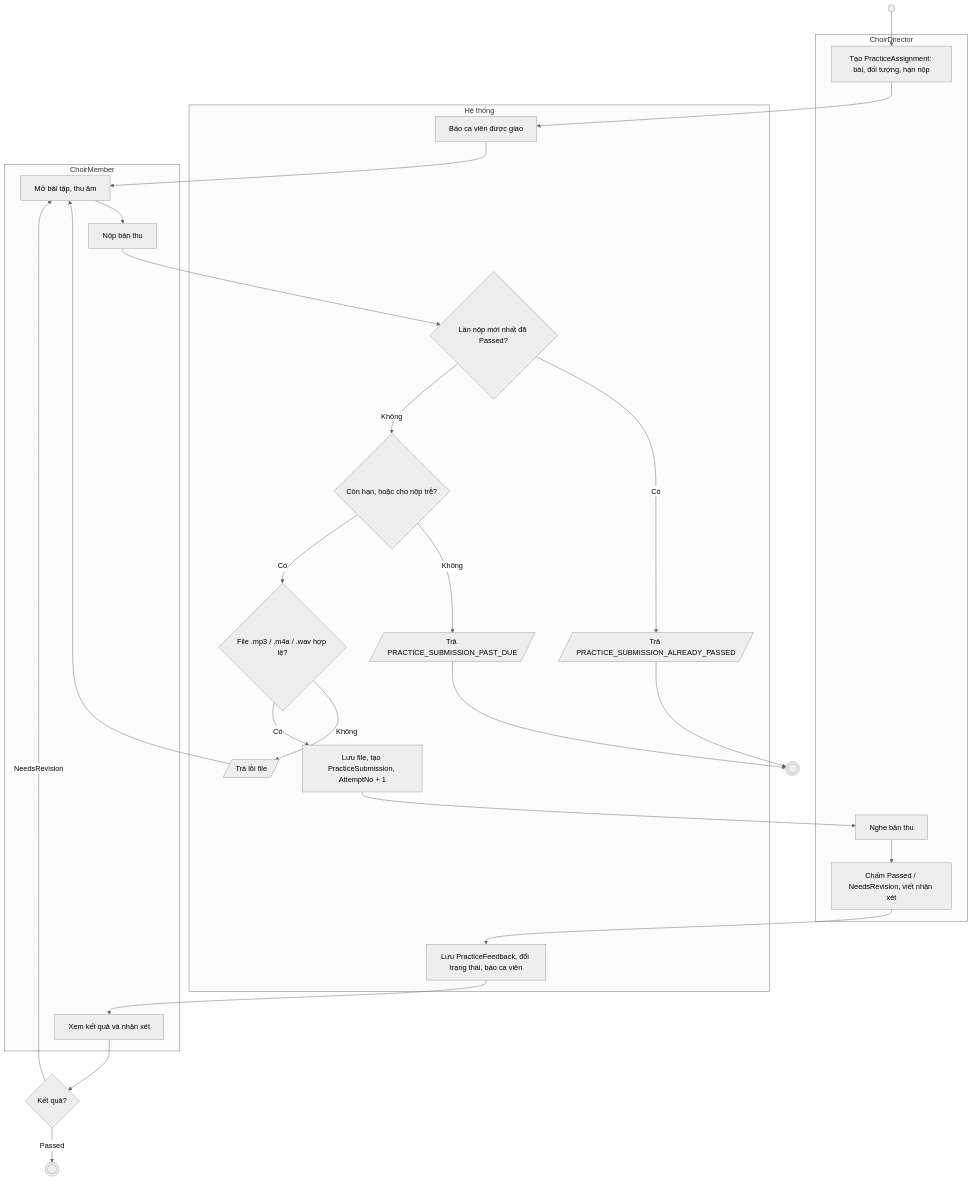
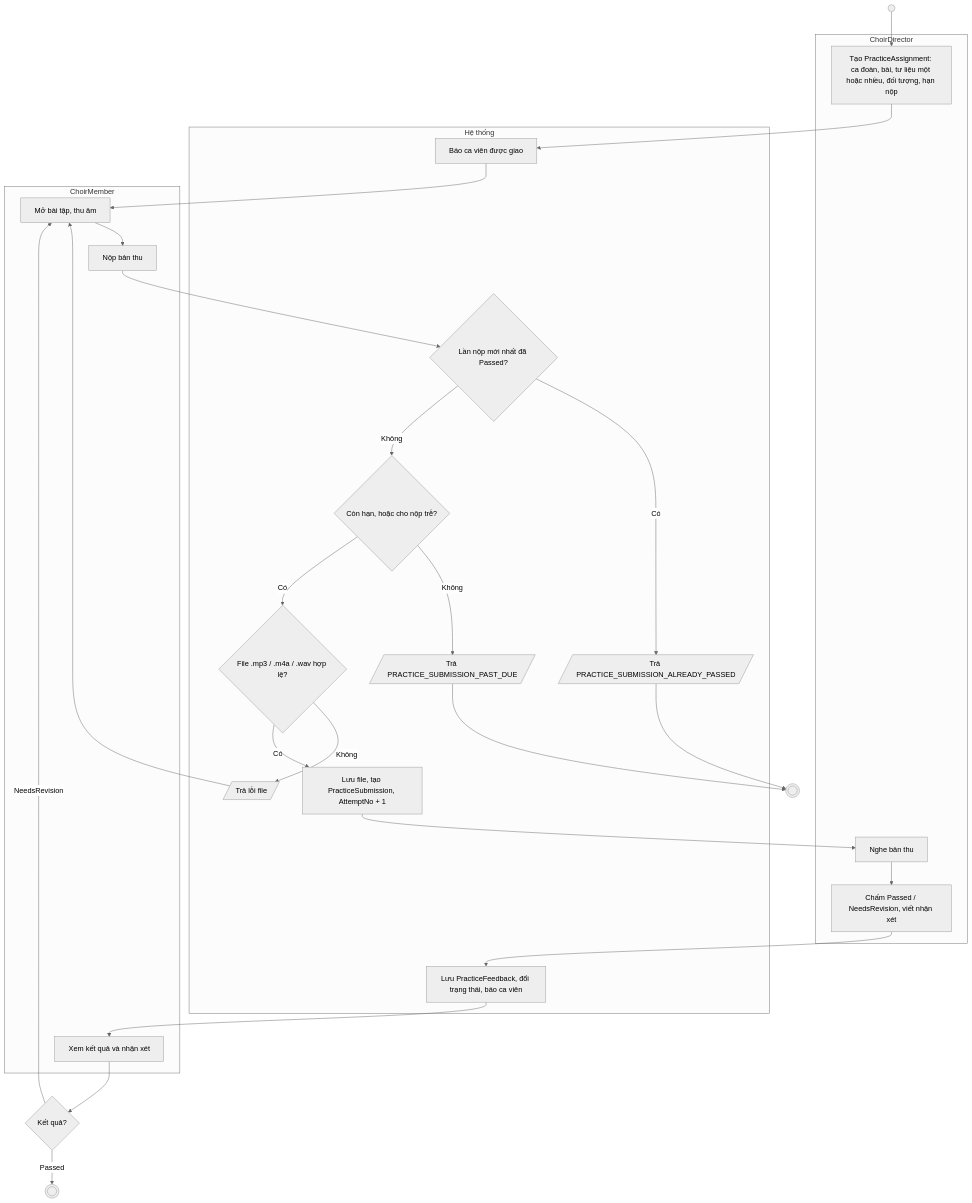
Before and after one commit to Harmonia-FA26SE066-GFA143/Harmonia-BE: the fourth of 6 diagrams in doc/harmonia-activity-diagram-guide.md, drawn with Mermaid (neutral theme). The commit also changed other lines of this file and 10 other files, not shown here.

````diff
--- a/doc/harmonia-activity-diagram-guide.md
+++ b/doc/harmonia-activity-diagram-guide.md
@@ -236,38 +241,38 @@
 ```mermaid
 flowchart TD
     S(( )) --> A1
 
     subgraph CD[ChoirDirector]
-        A1[Tạo PracticeAssignment: bài, đối tượng, hạn nộp]
+        A1[Tạo PracticeAssignment: ca đoàn, bài, tư liệu một hoặc nhiều, đối tượng, hạn nộp]
         A2[Nghe bản thu]
         A3[Chấm Passed / NeedsRevision, viết nhận xét]
     end
 
     subgraph SYS[Hệ thống]
         B1[Báo ca viên được giao]
         D1{Lần nộp mới nhất đã Passed?}
         D2{Còn hạn, hoặc cho nộp trễ?}
         D3{File .mp3 / .m4a / .wav hợp lệ?}
         B2[Lưu file, tạo PracticeSubmission, AttemptNo + 1]
         B3[Lưu PracticeFeedback, đổi trạng thái, báo ca viên]
         X1[/Trả PRACTICE_SUBMISSION_ALREADY_PASSED/]
         X2[/Trả PRACTICE_SUBMISSION_PAST_DUE/]
         X3[/Trả lỗi file/]
     end
 
     subgraph CM[ChoirMember]
         M1[Mở bài tập, thu âm]
         M2[Nộp bản thu]
         M3[Xem kết quả và nhận xét]
     end
 
     A1 --> B1 --> M1 --> M2 --> D1
     D1 -- Có --> X1 --> E1(((" ")))
     D1 -- Không --> D2
     D2 -- Không --> X2 --> E1
     D2 -- Có --> D3
     D3 -- Không --> X3 --> M1
     D3 -- Có --> B2 --> A2 --> A3 --> B3 --> M3 --> D4{Kết quả?}
     D4 -- Passed --> E2(((" ")))
     D4 -- NeedsRevision --> M1
 ```
````
